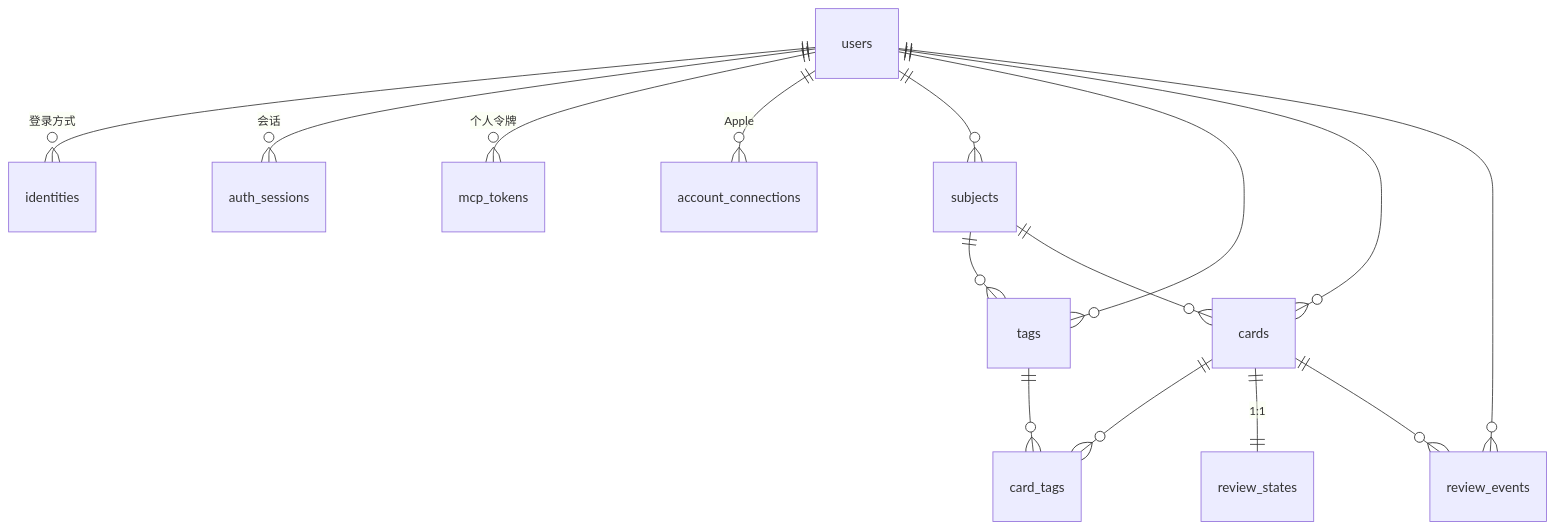
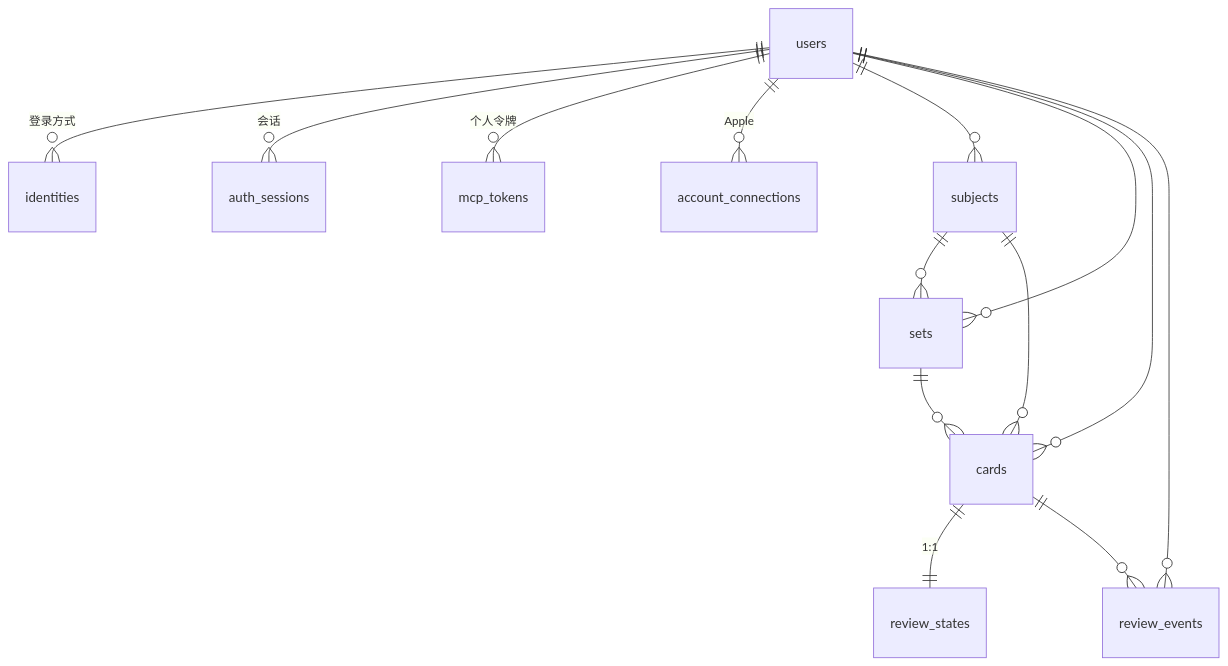
One commit to syuancheng/memory-app changed the diagram in docs/architecture.md. Above: the diagram before and after it, drawn with Mermaid. The commit also changed other lines of this file and 22 other files, not shown here.

````diff
--- a/docs/architecture.md
+++ b/docs/architecture.md
@@ -31,17 +31,16 @@
 ```mermaid
 erDiagram
     users ||--o{ identities : "登录方式"
     users ||--o{ auth_sessions : "会话"
     users ||--o{ mcp_tokens : "个人令牌"
     users ||--o{ account_connections : "Apple"
     users ||--o{ subjects : ""
-    users ||--o{ tags : ""
+    users ||--o{ sets : ""
     users ||--o{ cards : ""
     users ||--o{ review_events : ""
-    subjects ||--o{ tags : ""
+    subjects ||--o{ sets : ""
     subjects ||--o{ cards : ""
-    cards ||--o{ card_tags : ""
-    tags ||--o{ card_tags : ""
+    sets ||--o{ cards : ""
     cards ||--|| review_states : "1:1"
     cards ||--o{ review_events : ""
 ```
````
